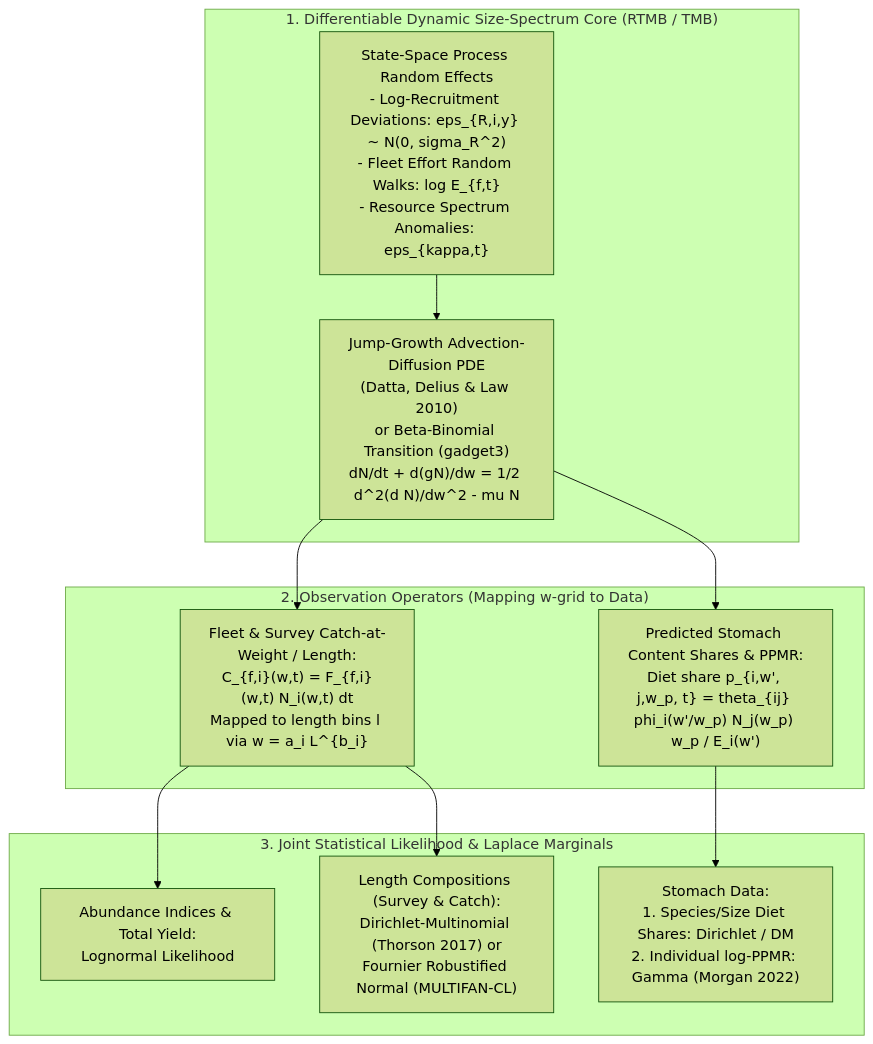
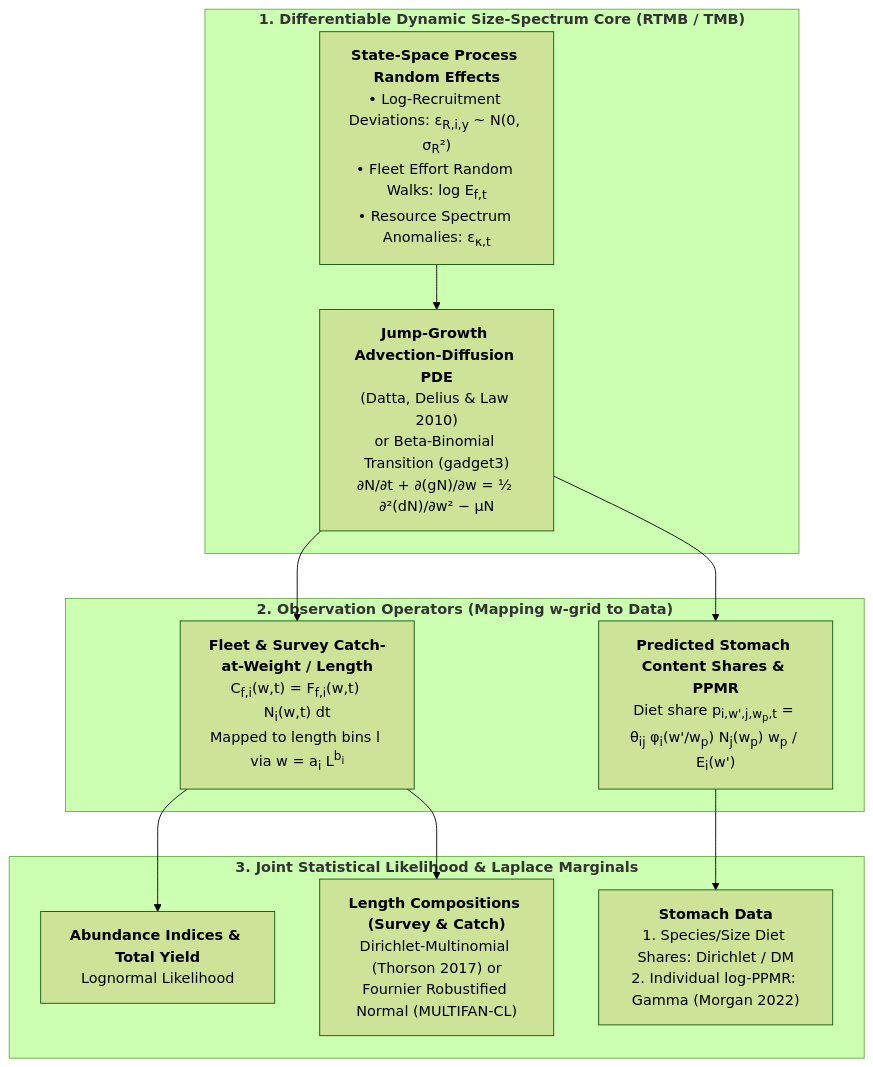
Before and after one commit to gustavdelius/multispecies_stock_assessment: the diagram in 06_statistical_fitting_uncertainty_and_mizer_synthesis.md, drawn with Mermaid (forest theme). The commit also changed 14 other files, not shown here.

Commit message:
Fix Mermaid diagram and list rendering in Quarto HTML output

````diff
--- a/06_statistical_fitting_uncertainty_and_mizer_synthesis.md
+++ b/06_statistical_fitting_uncertainty_and_mizer_synthesis.md
@@ -94,20 +94,20 @@
 ```mermaid
 flowchart TD
-    subgraph P1["1. Differentiable Dynamic Size-Spectrum Core (RTMB / TMB)"]
-        A["Jump-Growth Advection-Diffusion PDE\n(Datta, Delius & Law 2010)\nor Beta-Binomial Transition (gadget3)\ndN/dt + d(gN)/dw = 1/2 d^2(d N)/dw^2 - mu N"]
-        B["State-Space Process Random Effects\n- Log-Recruitment Deviations: eps_{R,i,y} ~ N(0, sigma_R^2)\n- Fleet Effort Random Walks: log E_{f,t}\n- Resource Spectrum Anomalies: eps_{kappa,t}"]
+    subgraph P1["<b>1. Differentiable Dynamic Size-Spectrum Core (RTMB / TMB)</b>"]
+        A["<b>Jump-Growth Advection-Diffusion PDE</b><br/>(Datta, Delius & Law 2010)<br/>or Beta-Binomial Transition (gadget3)<br/>∂N/∂t + ∂(gN)/∂w = ½ ∂²(dN)/∂w² − μN"]
+        B["<b>State-Space Process Random Effects</b><br/>• Log-Recruitment Deviations: ε<sub>R,i,y</sub> ~ N(0, σ<sub>R</sub>²)<br/>• Fleet Effort Random Walks: log E<sub>f,t</sub><br/>• Resource Spectrum Anomalies: ε<sub>κ,t</sub>"]
     end
-    subgraph P2["2. Observation Operators (Mapping w-grid to Data)"]
-        C["Fleet & Survey Catch-at-Weight / Length:\nC_{f,i}(w,t) = F_{f,i}(w,t) N_i(w,t) dt\nMapped to length bins l via w = a_i L^{b_i}"]
-        D["Predicted Stomach Content Shares & PPMR:\nDiet share p_{i,w', j,w_p, t} = theta_{ij} phi_i(w'/w_p) N_j(w_p) w_p / E_i(w')"]
+    subgraph P2["<b>2. Observation Operators (Mapping w-grid to Data)</b>"]
+        C["<b>Fleet & Survey Catch-at-Weight / Length</b><br/>C<sub>f,i</sub>(w,t) = F<sub>f,i</sub>(w,t) N<sub>i</sub>(w,t) dt<br/>Mapped to length bins l via w = a<sub>i</sub> L<sup>b<sub>i</sub></sup>"]
+        D["<b>Predicted Stomach Content Shares & PPMR</b><br/>Diet share p<sub>i,w',j,w<sub>p</sub>,t</sub> = θ<sub>ij</sub> φ<sub>i</sub>(w'/w<sub>p</sub>) N<sub>j</sub>(w<sub>p</sub>) w<sub>p</sub> / E<sub>i</sub>(w')"]
     end
-    subgraph P3["3. Joint Statistical Likelihood & Laplace Marginals"]
-        E["Abundance Indices & Total Yield:\nLognormal Likelihood"]
-        F["Length Compositions (Survey & Catch):\nDirichlet-Multinomial (Thorson 2017) or\nFournier Robustified Normal (MULTIFAN-CL)"]
-        G["Stomach Data:\n1. Species/Size Diet Shares: Dirichlet / DM\n2. Individual log-PPMR: Gamma (Morgan 2022)"]
+    subgraph P3["<b>3. Joint Statistical Likelihood & Laplace Marginals</b>"]
+        E["<b>Abundance Indices & Total Yield</b><br/>Lognormal Likelihood"]
+        F["<b>Length Compositions (Survey & Catch)</b><br/>Dirichlet-Multinomial (Thorson 2017) or<br/>Fournier Robustified Normal (MULTIFAN-CL)"]
+        G["<b>Stomach Data</b><br/>1. Species/Size Diet Shares: Dirichlet / DM<br/>2. Individual log-PPMR: Gamma (Morgan 2022)"]
     end
     A --> C & D
     B --> A
     C --> E & F
     D --> G
 ```
````
